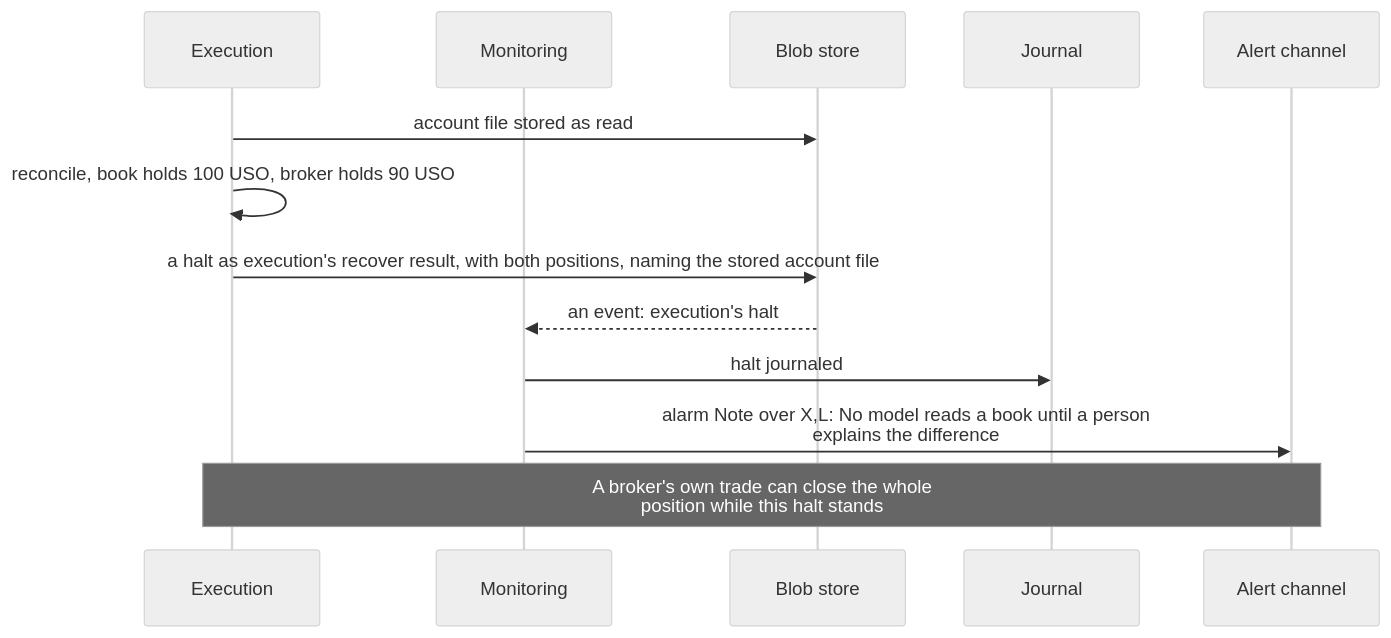
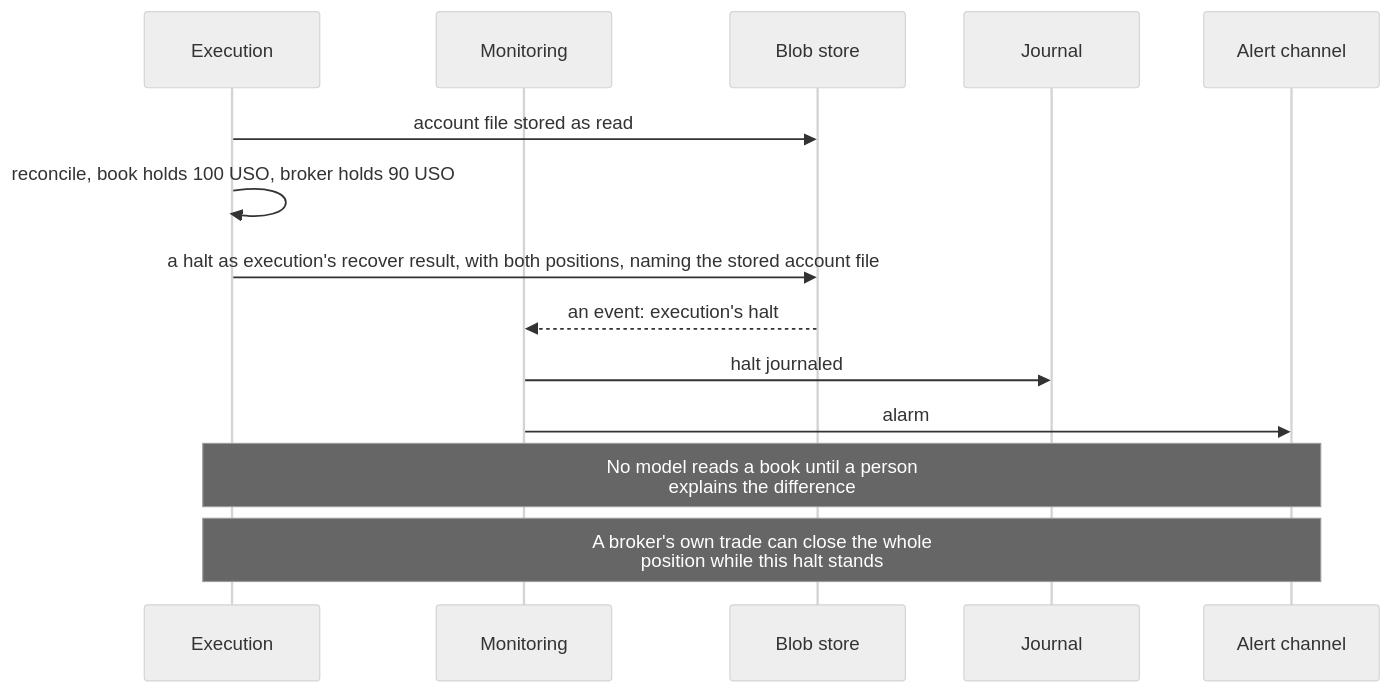
One commit to l3a0/ithildin-runtime changed diagram 24 of 34 in docs/architecture.md. Above: the diagram before and after it, drawn with Mermaid (neutral theme). The commit also changed other lines of this file and 2 other files, not shown here.

````diff
--- a/docs/architecture.md
+++ b/docs/architecture.md
@@ -1346,16 +1348,17 @@
 ```mermaid
 sequenceDiagram
     participant X as Execution
     participant M as Monitoring
     participant F as Blob store
     participant J as Journal
     participant L as Alert channel
 
     X->>F: account file stored as read
     X->>X: reconcile, book holds 100 USO, broker holds 90 USO
     X->>F: a halt as execution's recover result, with both positions, naming the stored account file
     F-->>M: an event: execution's halt
     M->>J: halt journaled
-    M->>L: alarm    Note over X,L: No model reads a book until a person<br/>explains the difference
+    M->>L: alarm
+    Note over X,L: No model reads a book until a person<br/>explains the difference
     Note over X,L: A broker's own trade can close the whole<br/>position while this halt stands
 ```
````
